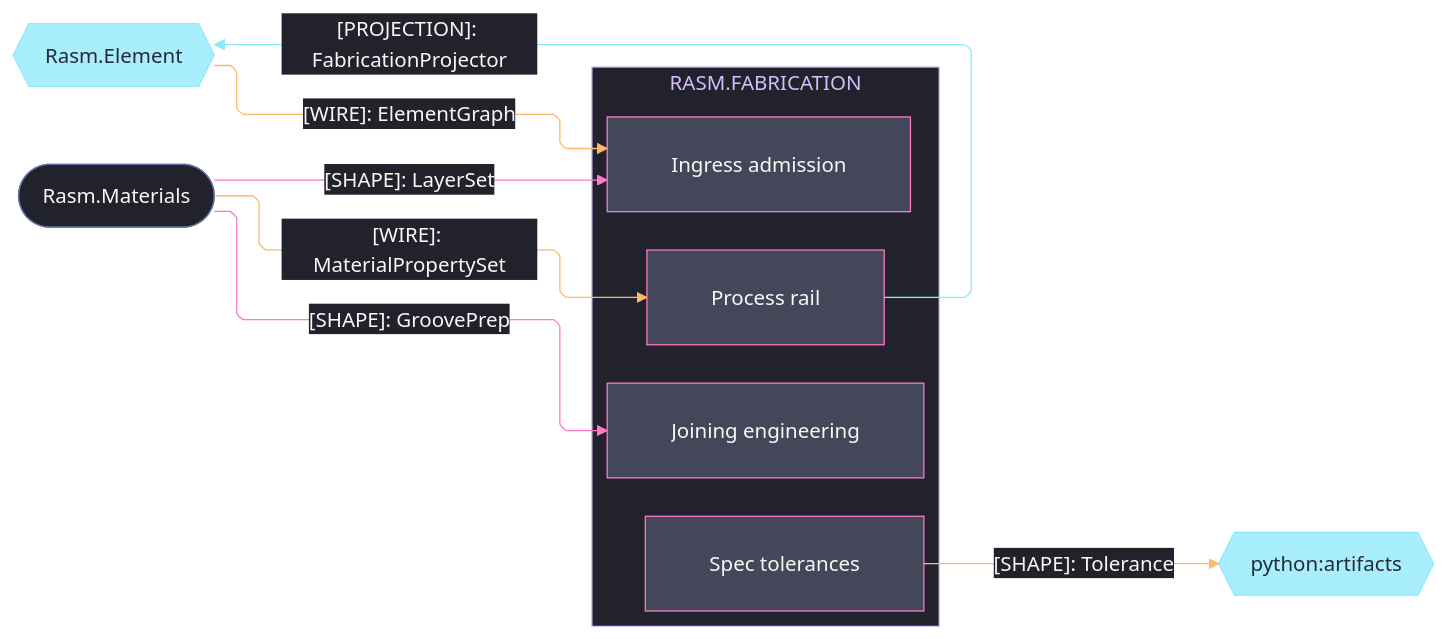
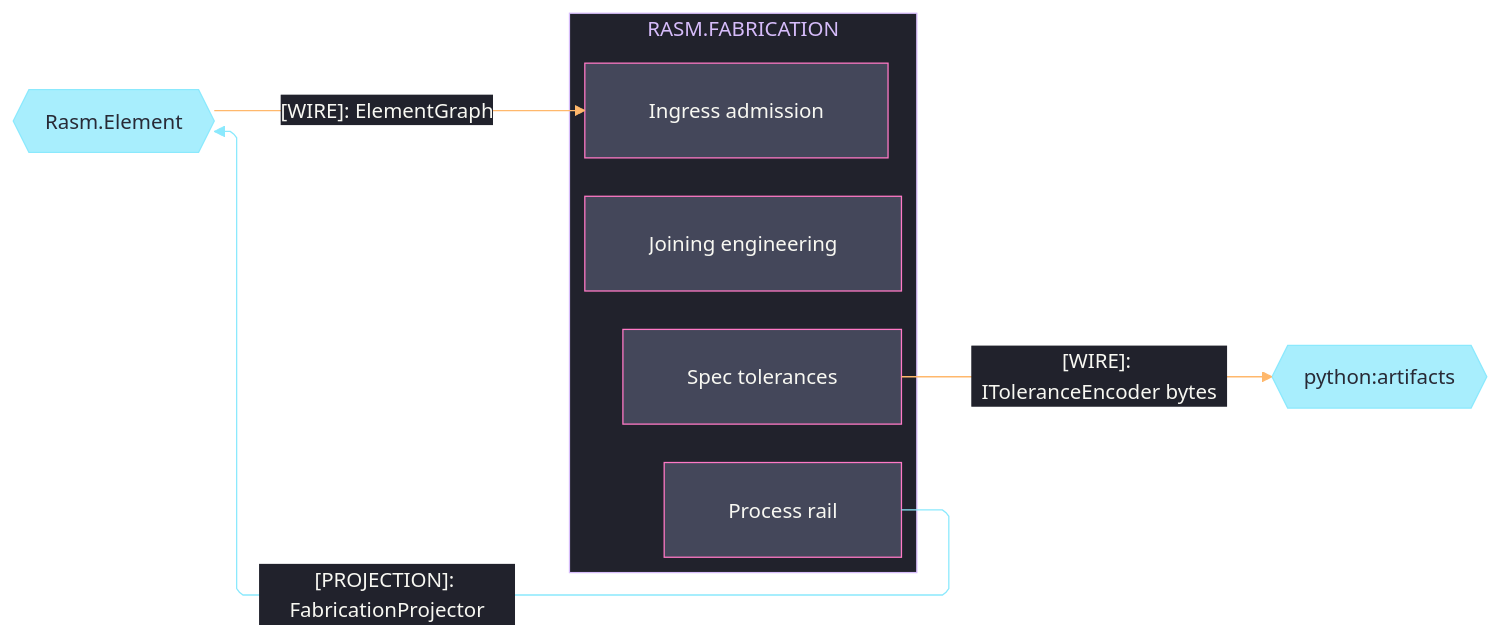
The second of 3 diagrams in libs/csharp/Rasm.Fabrication/ARCHITECTURE.md (bsamiee/Rasm), drawn with Mermaid before and after one commit. The commit also changed other lines of this file and 67 other files, not shown here.

First line of the commit message:
libs(csharp): commit Rasm.Fabrication + Rasm review surface for isolated round-3 scope

````diff
--- a/libs/csharp/Rasm.Fabrication/ARCHITECTURE.md
+++ b/libs/csharp/Rasm.Fabrication/ARCHITECTURE.md
@@ -185,58 +202,52 @@
 ```mermaid
 ---
 config:
   theme: base
   look: classic
   layout: elk
   flowchart:
     curve: linear
     padding: 25
   themeVariables:
     darkMode: true
     fontFamily: "SF Mono, Menlo, Cascadia Mono, Segoe UI Mono, Consolas, monospace"
     useGradient: false
     dropShadow: "none"
     background: "#282A36"
     primaryColor: "#44475A"
     primaryTextColor: "#F8F8F2"
     primaryBorderColor: "#BD93F9"
     lineColor: "#FF79C6"
     textColor: "#F8F8F2"
     clusterBkg: "#21222C"
     clusterBorder: "#D6BCFA"
     edgeLabelBackground: "#21222C"
     labelBackgroundColor: "#21222C"
     titleColor: "#D6BCFA"
   themeCSS: ".nodeLabel{font-size:13px;font-weight:500}.edgeLabel{font-size:12px;font-weight:500}.cluster-label .nodeLabel{font-size:13.5px;font-weight:700;letter-spacing:.08em}.edge-thickness-normal{stroke-width:2px}.edge-thickness-thick{stroke-width:3px}.edge-pattern-dashed,.edge-pattern-dotted{stroke-width:1.5px;stroke-dasharray:4 6}.node rect,.node circle,.node polygon,.node path,.node .outer-path{stroke-width:1.5px;filter:none!important}.cluster rect{stroke-width:1px!important;stroke-dasharray:5 4!important;filter:none!important}.marker path{transform:scale(.8);transform-origin:5px 5px}.marker circle{transform:scale(.48);transform-origin:5px 5px}.edgeLabel rect{transform-box:fill-box;transform-origin:center;transform:scale(1.1,1.2)}"
 ---
 flowchart LR
     accTitle: Fabrication AEC-domain peer seams
-    accDescr: Fabrication sub-domain owners exchanging the element projector, material composition, and groove prep with the AEC peers Element and Materials, and shipping the Spec tolerance shape to the python artifacts drawing plane, edge rails colored by kind and nodes classed by seam direction.
+    accDescr: Fabrication exchanges its registered projector and admitted graph wire with Element, then publishes the tolerance wire to the Python artifacts plane; peer implementation shapes never cross either seam.
     subgraph fabrication[RASM.FABRICATION]
         Process[Process rail]
         Ingress[Ingress admission]
         Joining[Joining engineering]
         Spec[Spec tolerances]
     end
     Element{{Rasm.Element}}
-    Materials([Rasm.Materials])
     Artifacts{{python:artifacts}}
     Process e1@-->|"[PROJECTION]: FabricationProjector"| Element
     Element e2@-->|"[WIRE]: ElementGraph"| Ingress
-    Materials e3@-->|"[SHAPE]: LayerSet"| Ingress
-    Materials e4@-->|"[WIRE]: MaterialPropertySet"| Process
-    Materials e5@-->|"[SHAPE]: GroovePrep"| Joining
-    Spec e8@-->|"[SHAPE]: Tolerance"| Artifacts
+    Spec e8@-->|"[WIRE]: IToleranceEncoder bytes"| Artifacts
     classDef primary fill:#44475A,stroke:#FF79C6,color:#F8F8F2
     classDef external fill:#8BE9FDBF,stroke:#8BE9FD,color:#282A36
     classDef annotation fill:#21222C,stroke:#6272A4,color:#F8F8F2
     classDef edgeData stroke:#FFB86C,color:#F8F8F2
     classDef edgeExternal stroke:#8BE9FD,color:#F8F8F2
     classDef edgeControl stroke:#FF79C6,color:#F8F8F2
     class Process,Ingress,Joining,Spec primary
     class Element,Artifacts external
-    class Materials annotation
     class e1 edgeExternal
-    class e2,e4,e8 edgeData
-    class e3,e5 edgeControl
+    class e2,e8 edgeData
 ```
````
